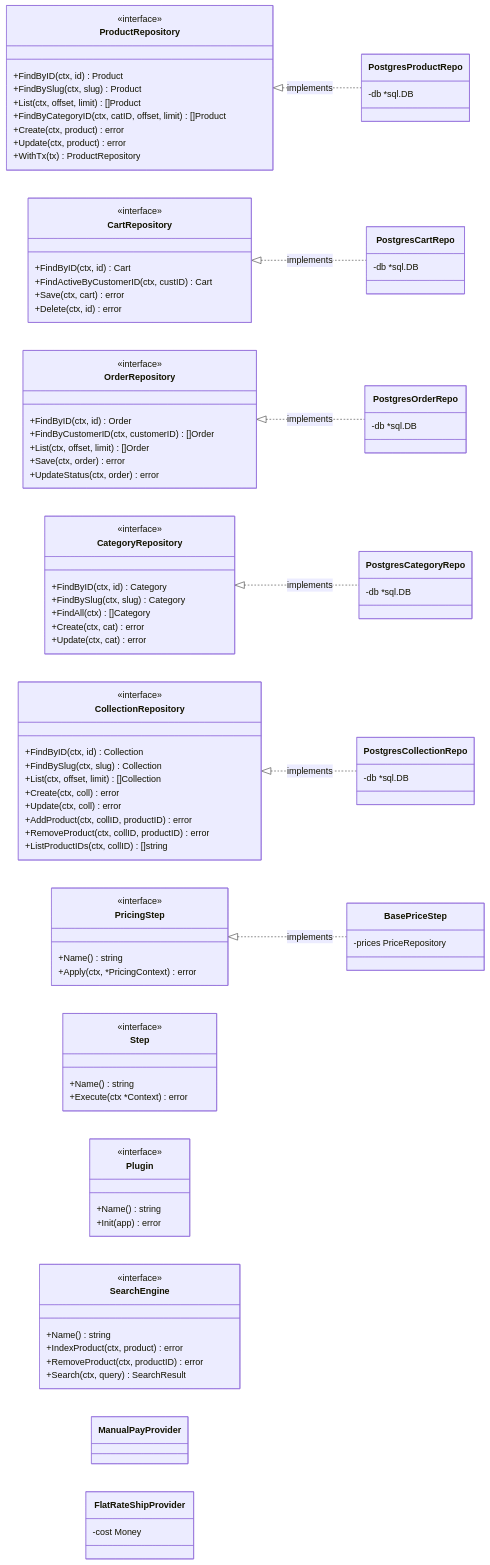
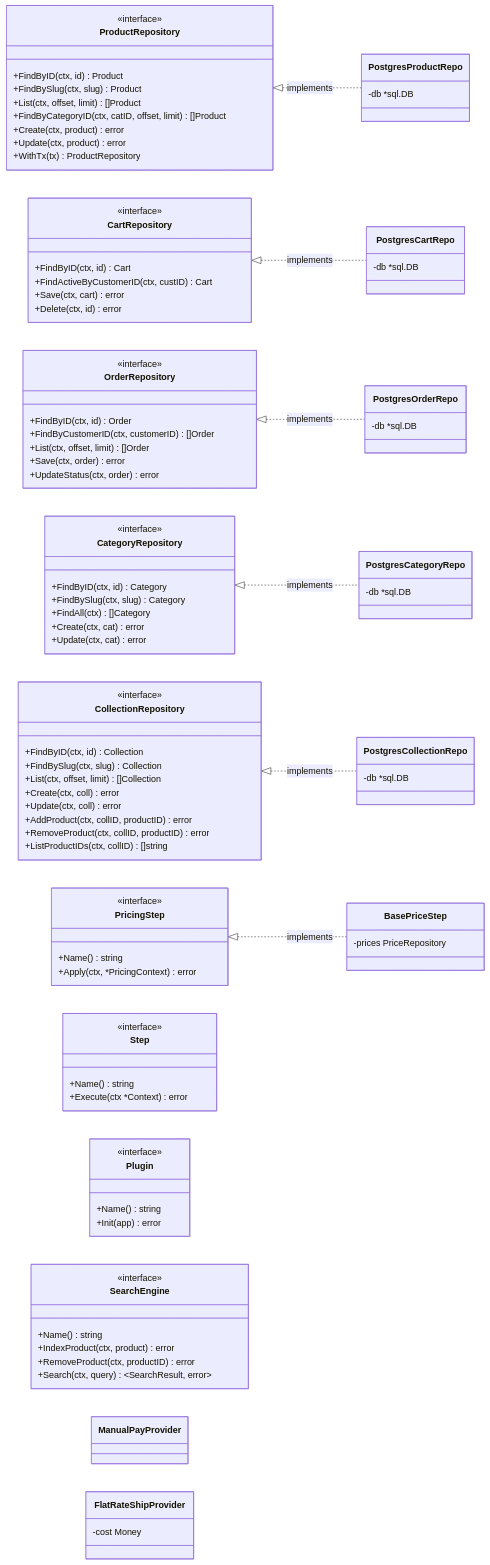
The second of 2 diagrams in docs/diagrams/c4-code.md (akarso/shopanda), drawn with Mermaid before and after one commit. The commit also changed 3 other files, not shown here.

```diff
--- a/docs/diagrams/c4-code.md
+++ b/docs/diagrams/c4-code.md
@@ -261,7 +261,7 @@
         +Name() string
         +IndexProduct(ctx, product) error
         +RemoveProduct(ctx, productID) error
-        +Search(ctx, query) SearchResult
+        +Search(ctx, query) ~SearchResult, error~
     }
 
     class PostgresProductRepo {
```
